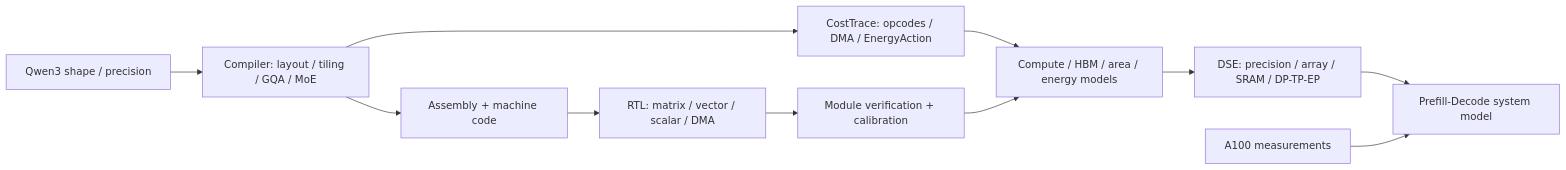
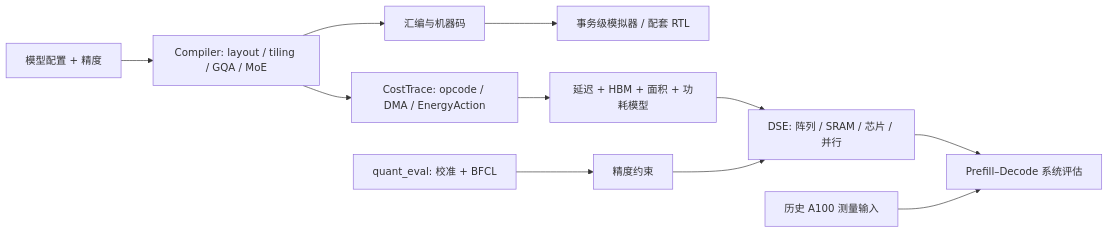
The diagram in README.md (Sanssssssssssssssss/plena-software), drawn with Mermaid before and after one commit. The commit also changed other lines of this file and 2635 other files, not shown here.

````diff
--- a/README.md
+++ b/README.md
@@ -21,13 +9,13 @@
 ```mermaid
 flowchart LR
-  Q[Qwen3 shape / precision] --> C[Compiler: layout / tiling / GQA / MoE]
-  C --> I[Assembly + machine code]
-  I --> R[RTL: matrix / vector / scalar / DMA]
-  C --> T[CostTrace: opcodes / DMA / EnergyAction]
-  R --> V[Module verification + calibration]
-  T --> M[Compute / HBM / area / energy models]
-  V --> M
-  M --> D[DSE: precision / array / SRAM / DP-TP-EP]
-  D --> S[Prefill-Decode system model]
-  A[A100 measurements] --> S
+  Q[模型配置 + 精度] --> C[Compiler: layout / tiling / GQA / MoE]
+  C --> I[汇编与机器码]
+  C --> T[CostTrace: opcode / DMA / EnergyAction]
+  I --> R[事务级模拟器 / 配套 RTL]
+  T --> M[延迟 + HBM + 面积 + 功耗模型]
+  B[quant_eval: 校准 + BFCL] --> A[精度约束]
+  M --> D[DSE: 阵列 / SRAM / 芯片 / 并行]
+  A --> D
+  D --> S[Prefill–Decode 系统评估]
+  G[历史 A100 测量输入] --> S
 ```
````
